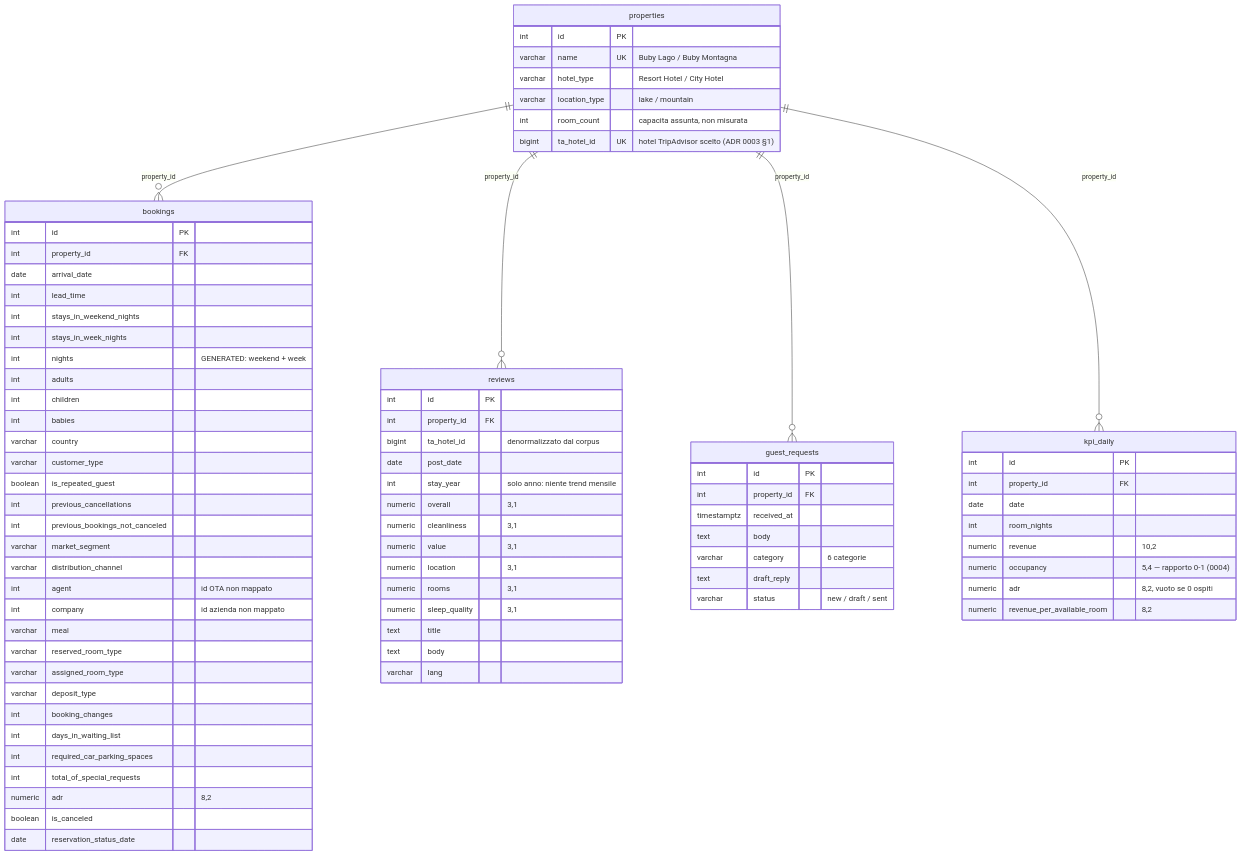
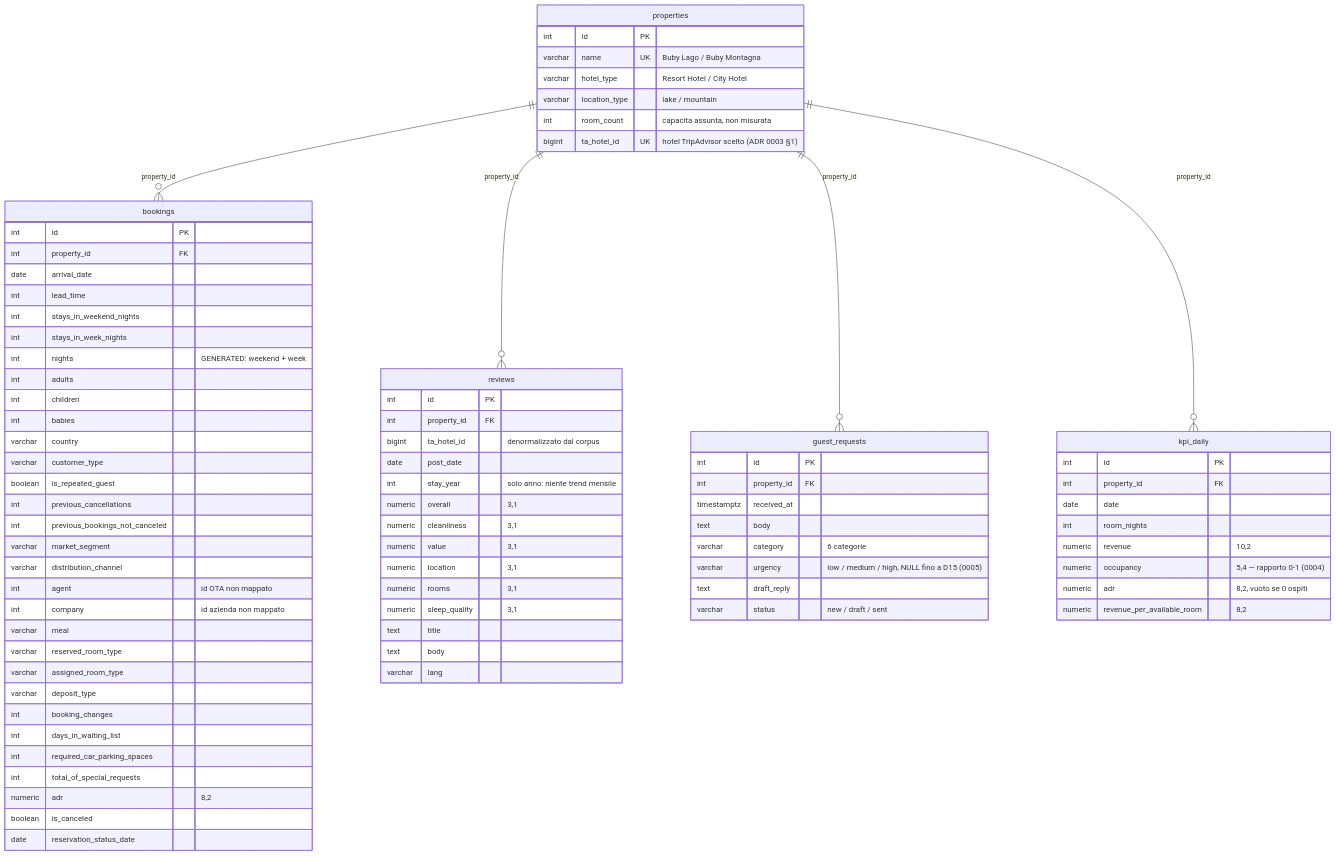
The diagram in docs/erd.md (suzukiven0m/finto-booking), drawn with Mermaid before and after one commit. The commit also changed other lines of this file and 6 other files, not shown here.

First line of the commit message:
feat(schema): record pre-freeze decisions S7/S8, add guest_requests.urgency (0005)

```diff
--- a/docs/erd.md
+++ b/docs/erd.md
@@ -76,6 +76,7 @@
         timestamptz received_at
         text body
         varchar category "6 categorie"
+        varchar urgency "low / medium / high, NULL fino a D15 (0005)"
         text draft_reply
         varchar status "new / draft / sent"
     }
```
